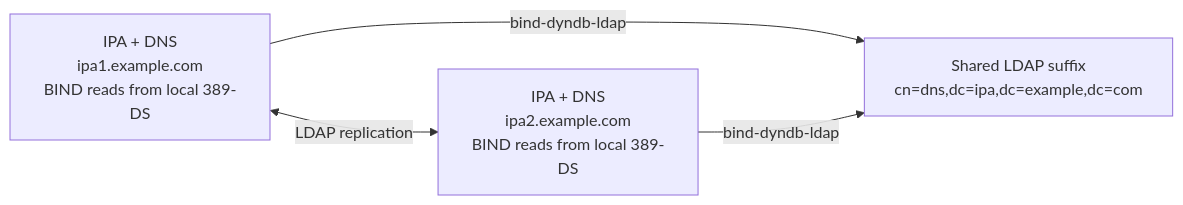
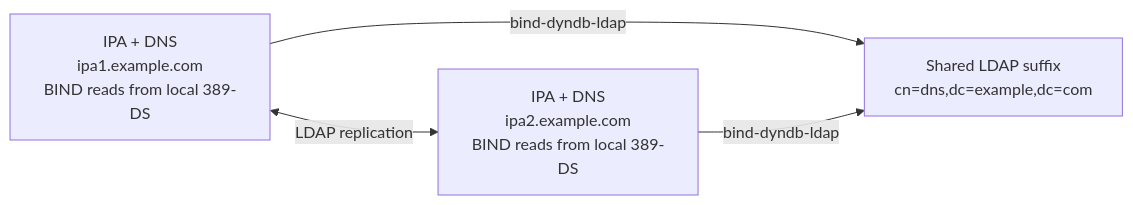
The tenth of 15 diagrams in 12_replication_topology.md (UncleJS/course_FreeIPA), drawn with Mermaid before and after one commit. The commit also changed other lines of this file and 24 other files, not shown here.

````diff
--- a/12_replication_topology.md
+++ b/12_replication_topology.md
@@ -510,10 +527,10 @@
 ```mermaid
 graph LR
     IPA1["IPA + DNS<br/>ipa1.example.com<br/>BIND reads from local 389-DS"]
     IPA2["IPA + DNS<br/>ipa2.example.com<br/>BIND reads from local 389-DS"]
-    LDAP["Shared LDAP suffix<br/>cn=dns,dc=ipa,dc=example,dc=com"]
+    LDAP["Shared LDAP suffix<br/>cn=dns,dc=example,dc=com"]
 
     IPA1 <-->|LDAP replication| IPA2
     IPA1 -->|bind-dyndb-ldap| LDAP
     IPA2 -->|bind-dyndb-ldap| LDAP
 ```
````
